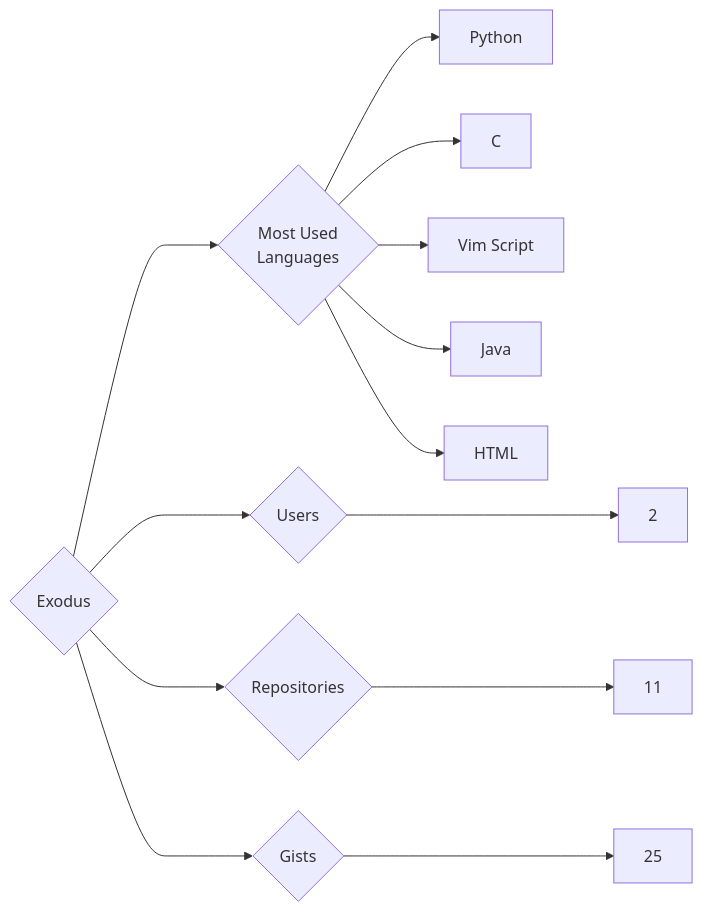
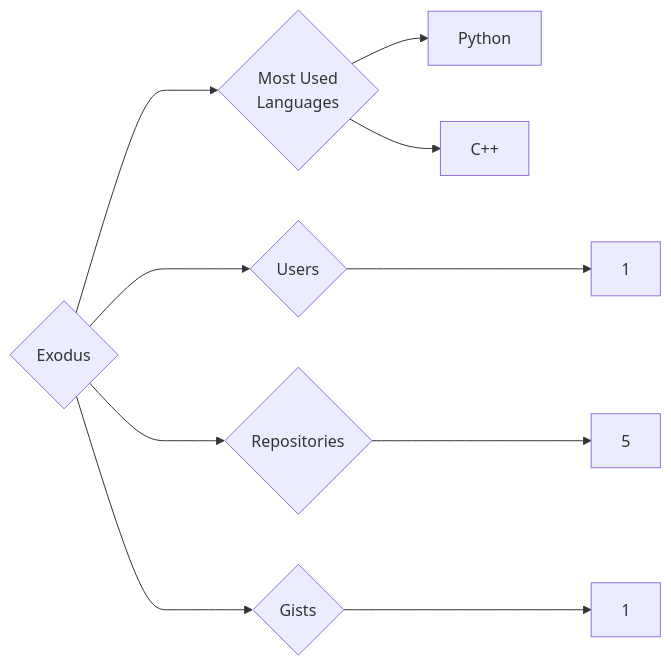
The diagram in targets/Exodus/README.md (trickest/insiders), drawn with Mermaid before and after one commit. The commit also changed 1175 other files, not shown here.

````diff
--- a/targets/Exodus/README.md
+++ b/targets/Exodus/README.md
@@ -3,13 +3,10 @@
 ```mermaid
 graph LR
 COMPANY_NAME{Exodus}
-COMPANY_NAME ---> U{Users} ---> UN[2]
-COMPANY_NAME ---> R{Repositories} ---> RN[11]
-COMPANY_NAME ---> G{Gists} ---> GN[25]
+COMPANY_NAME ---> U{Users} ---> UN[1]
+COMPANY_NAME ---> R{Repositories} ---> RN[5]
+COMPANY_NAME ---> G{Gists} ---> GN[1]
 COMPANY_NAME ---> ML{Most Used<br>Languages}
 ML --> Python[Python]
-ML --> C[C]
-ML --> Vim_Script[Vim Script]
-ML --> Java[Java]
-ML --> HTML[HTML]
+ML --> C++[C++]
 ```
````
